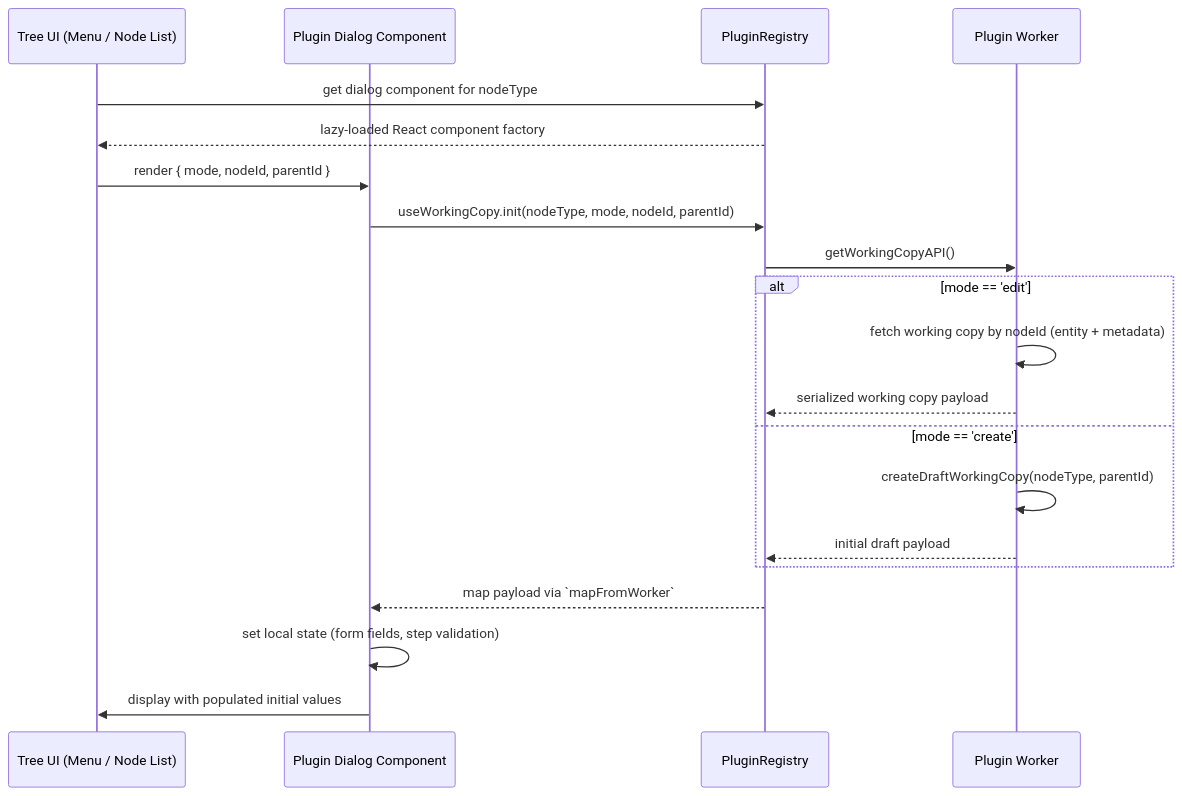
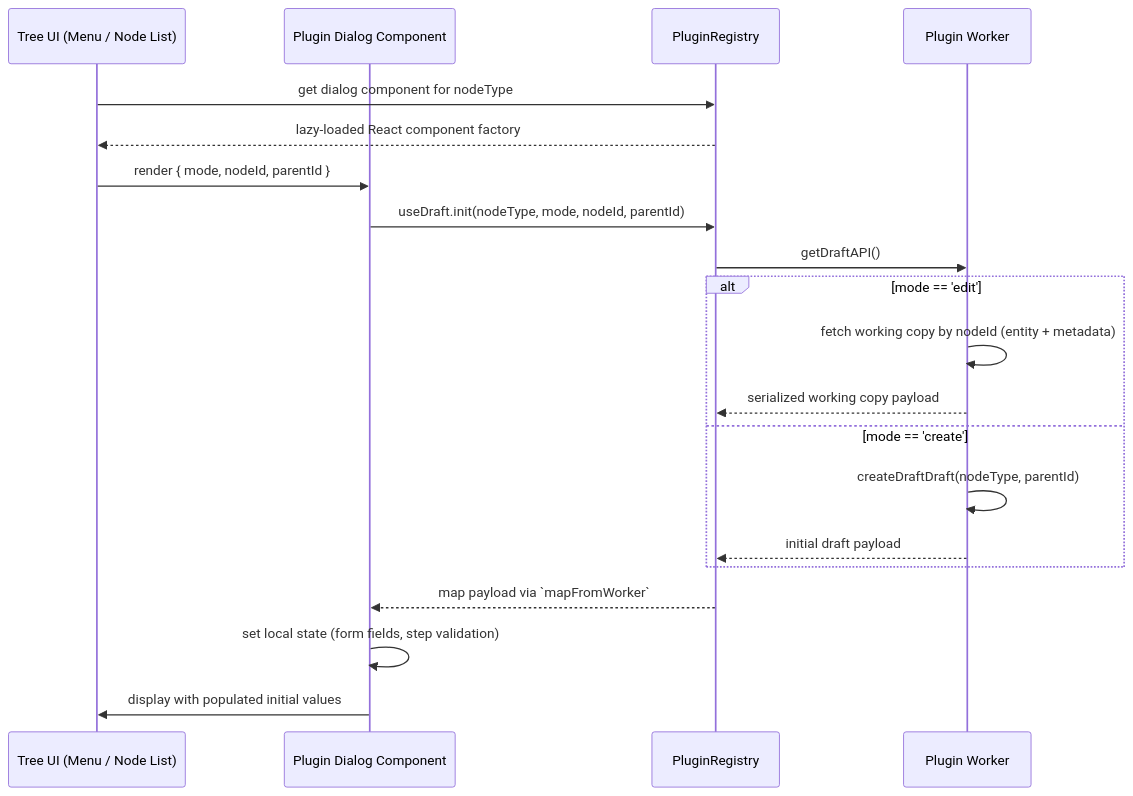
The diagram in docs/data-plugin-flow-4.md (kubohiroya/hierarchidb), drawn with Mermaid before and after one commit. The commit also changed other lines of this file and 796 other files, not shown here.

````diff
--- a/docs/data-plugin-flow-4.md
+++ b/docs/data-plugin-flow-4.md
@@ -3,23 +3,23 @@
 ```mermaid
 sequenceDiagram
     participant UI as Tree UI (Menu / Node List)
     participant Dialog as Plugin Dialog Component
     participant Registry as PluginRegistry
     participant Worker as Plugin Worker
 
     UI->>Registry: get dialog component for nodeType
     Registry-->>UI: lazy-loaded React component factory
     UI->>Dialog: render { mode, nodeId, parentId }
-    Dialog->>Registry: useWorkingCopy.init(nodeType, mode, nodeId, parentId)
-    Registry->>Worker: getWorkingCopyAPI()
+    Dialog->>Registry: useDraft.init(nodeType, mode, nodeId, parentId)
+    Registry->>Worker: getDraftAPI()
     alt mode == 'edit'
         Worker->>Worker: fetch working copy by nodeId (entity + metadata)
         Worker-->>Registry: serialized working copy payload
     else mode == 'create'
-        Worker->>Worker: createDraftWorkingCopy(nodeType, parentId)
+        Worker->>Worker: createDraftDraft(nodeType, parentId)
         Worker-->>Registry: initial draft payload
     end
     Registry-->>Dialog: map payload via `mapFromWorker`
     Dialog->>Dialog: set local state (form fields, step validation)
     Dialog->>UI: display with populated initial values
 ```
````
